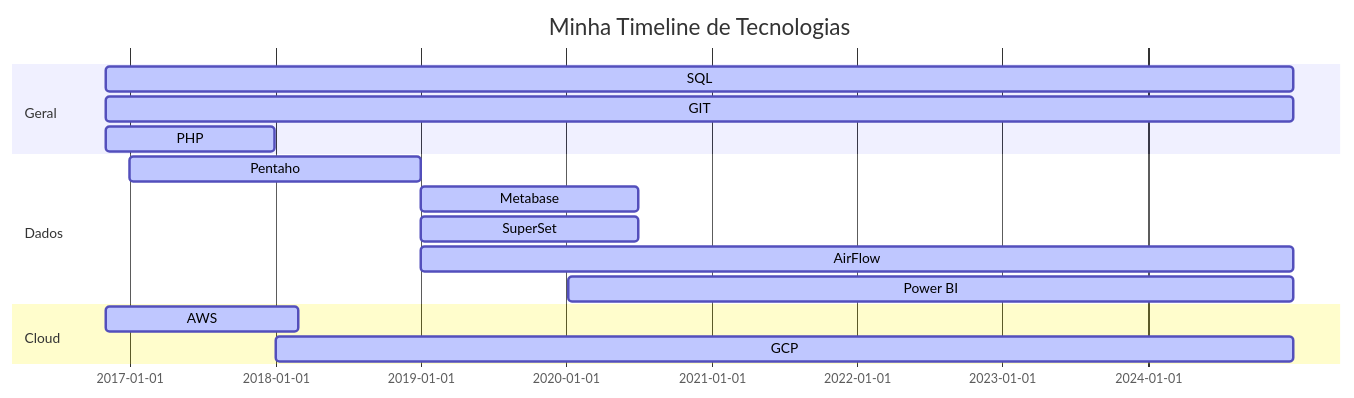
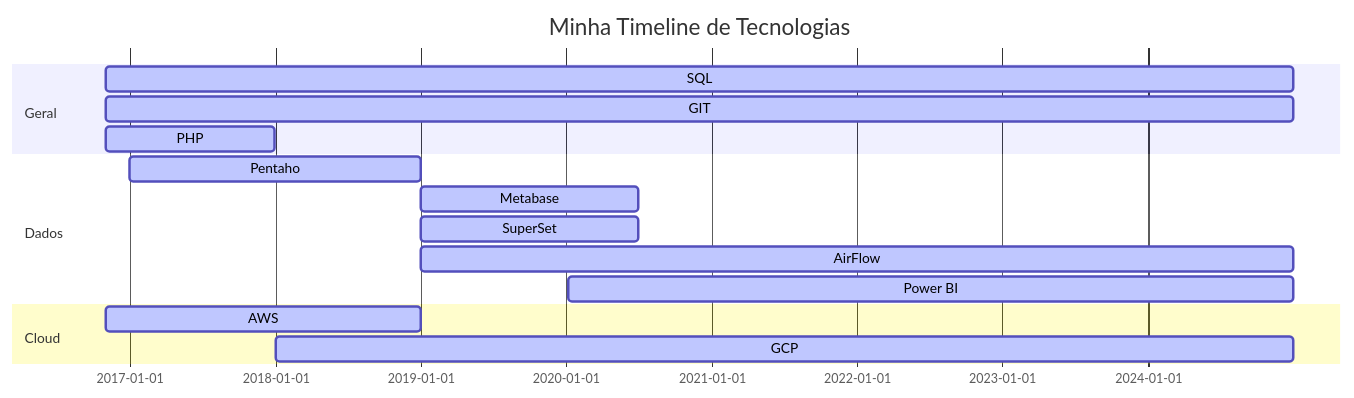
One commit to ArturAlvesC/ArturAlvesC changed the diagram in README.md. Above: the diagram before and after it, drawn with Mermaid.

````diff
--- a/README.md
+++ b/README.md
@@ -6,20 +6,20 @@
 ```mermaid
 gantt
 dateFormat  YYYY-MM-DD
 title Minha Timeline de Tecnologias
 section Geral
 SQL           :active,, 2016-11-01,2024-12-31
 GIT           :active,, 2016-11-01,2024-12-31
 PHP           :active,, 2016-11-01,2017-12-31
 
 section Dados
 Pentaho       :active,, 2017-01-01,2018-12-31
 Metabase      :active,, 2019-01-01,2020-06-30
 SuperSet      :active,, 2019-01-01,2020-06-30
 AirFlow       :active,, 2019-01-01,2024-12-31
 Power BI      :active,, 2020-01-07,2024-12-31
 
 section Cloud
-AWS           :active,, 2016-11-01,2018-02-28
+AWS           :active,, 2016-11-01,2019-01-01
 GCP           :active,, 2018-01-01,2024-12-31
 ```
````
